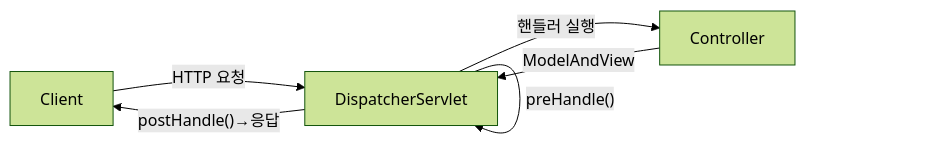
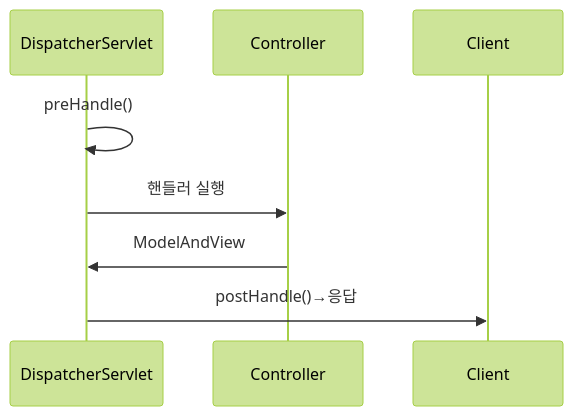
The third of 8 diagrams in _posts/spring/2026-05-02-spring-interceptor.md (yjkim2015/yjkim2015.github.io), drawn with Mermaid (forest theme) before and after one commit. The commit also changed other lines of this file and 89 other files, not shown here.

First line of the commit message:
복잡한 flowchart 163개 → sequenceDiagram 변환 (90파일)

````diff
--- a/_posts/spring/2026-05-02-spring-interceptor.md
+++ b/_posts/spring/2026-05-02-spring-interceptor.md
@@ -320,8 +320,7 @@
 ```mermaid
-graph LR
-    C["Client"] -->|"HTTP 요청"| DS["DispatcherServlet"]
-    DS -->|"preHandle()"| DS
-    DS -->|"핸들러 실행"| CT["Controller"]
-    CT -->|"ModelAndView"| DS
-    DS -->|"postHandle()→응답"| C
+sequenceDiagram
+    DispatcherServlet->>DispatcherServlet: preHandle()
+    DispatcherServlet->>Controller: 핸들러 실행
+    Controller->>DispatcherServlet: ModelAndView
+    DispatcherServlet->>Client: postHandle()→응답
 ```
````
